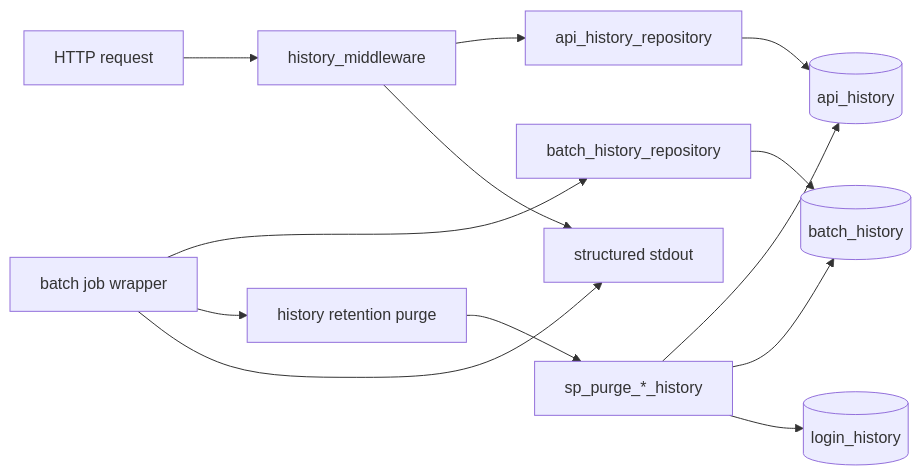
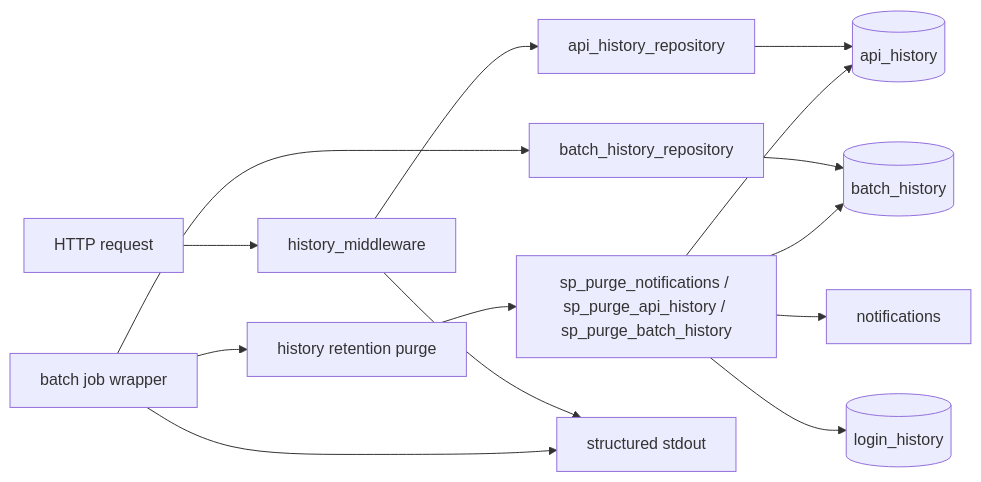
The third of 3 diagrams in detailed_design/log/00_history.md (oikawa-d/task_management), drawn with Mermaid before and after one commit. The commit also changed other lines of this file and 19 other files, not shown here.

````diff
--- a/detailed_design/log/00_history.md
+++ b/detailed_design/log/00_history.md
@@ -108,15 +121,16 @@
 ```mermaid
 flowchart LR
     REQ["HTTP request"] --> MW["history_middleware"]
     MW --> AR["api_history_repository"]
     AR --> AH[("api_history")]
     JOB["batch job wrapper"] --> BR["batch_history_repository"]
     BR --> BH[("batch_history")]
     JOB --> PURGE["history retention purge"]
-    PURGE --> SP["sp_purge_*_history"]
+    PURGE --> SP["sp_purge_notifications / sp_purge_api_history / sp_purge_batch_history"]
+    SP --> NOTIF["notifications"]
     SP --> AH
     SP --> BH
     SP --> LH[("login_history")]
     MW --> OUT["structured stdout"]
     JOB --> OUT
 ```
````
